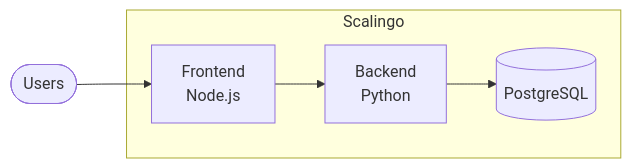
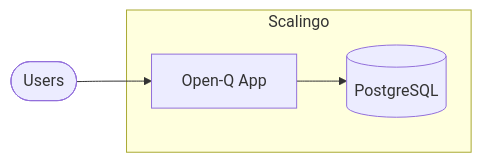
Before and after one commit to jvastenaekels/qualis: the diagram in docs/getting-started/deployment.md, drawn with Mermaid. The commit also changed other lines of this file and 4 other files, not shown here.

````diff
--- a/docs/getting-started/deployment.md
+++ b/docs/getting-started/deployment.md
@@ -22,12 +22,10 @@
 ```mermaid
 graph LR
     subgraph Scalingo
-        FE[Frontend<br/>Node.js]
-        BE[Backend<br/>Python]
+        App[Open-Q App]
         DB[(PostgreSQL)]
     end
 
-    User([Users]) --> FE
-    FE --> BE
-    BE --> DB
+    User([Users]) --> App
+    App --> DB
 ```
````
